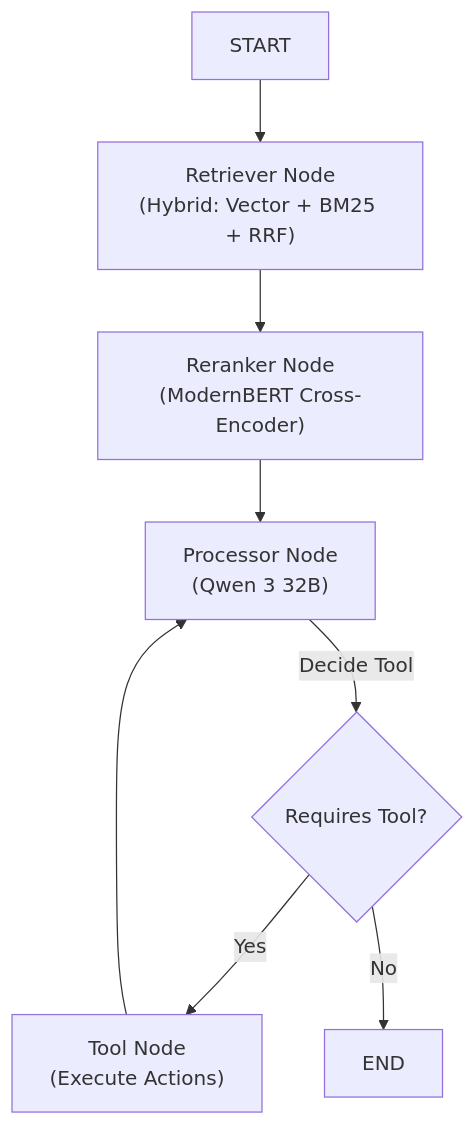
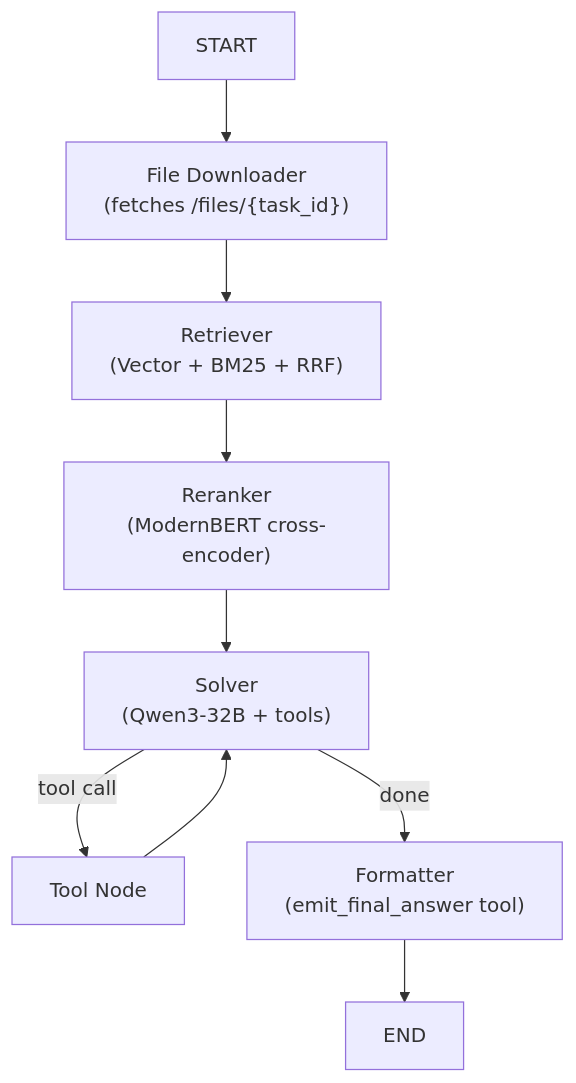
One commit to patelis/gaia changed the diagram in README.md. Above: the diagram before and after it, drawn with Mermaid. The commit also changed other lines of this file and 17 other files, not shown here.

````diff
--- a/README.md
+++ b/README.md
@@ -37,10 +35,11 @@
 ```mermaid
 graph TD
-    START --> Retriever["Retriever Node<br/>(Hybrid: Vector + BM25 + RRF)"]
-    Retriever --> Reranker["Reranker Node<br/>(ModernBERT Cross-Encoder)"]
-    Reranker --> Processor["Processor Node<br/>(Qwen 3 32B)"]
-    Processor -->|Decide Tool| Condition{"Requires Tool?"}
-    Condition -->|Yes| Tools["Tool Node<br/>(Execute Actions)"]
-    Condition -->|No| END
+    START --> FileDL["File Downloader<br/>(fetches /files/{task_id})"]
+    FileDL --> Retriever["Retriever<br/>(Vector + BM25 + RRF)"]
+    Retriever --> Reranker["Reranker<br/>(ModernBERT cross-encoder)"]
+    Reranker --> Processor["Solver<br/>(Qwen3-32B + tools)"]
+    Processor -->|tool call| Tools["Tool Node"]
     Tools --> Processor
+    Processor -->|done| Formatter["Formatter<br/>(emit_final_answer tool)"]
+    Formatter --> END
 ```
````
